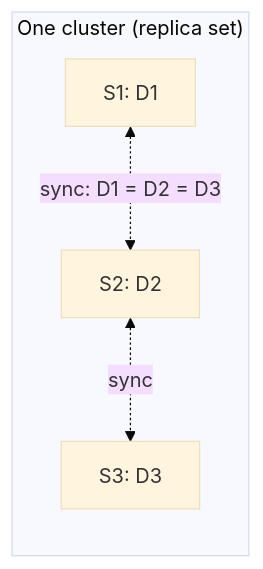
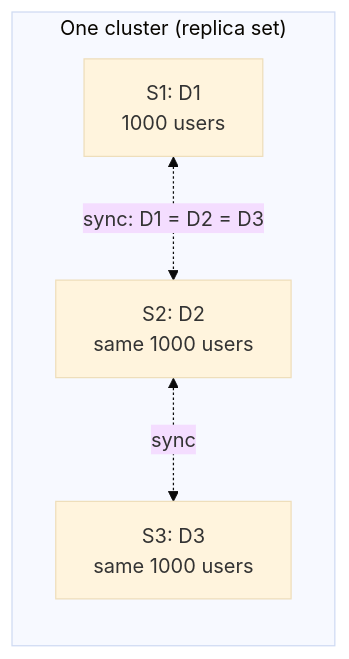
One commit to aaryan-pradhan/core-cs-fundamentals changed the second of 6 diagrams in dbms/17-clustering.md. Above: the diagram before and after it, drawn with Mermaid (base theme). The commit also changed other lines of this file, not shown here.

````diff
--- a/dbms/17-clustering.md
+++ b/dbms/17-clustering.md
@@ -17,11 +20,11 @@
-   ```mermaid
-   flowchart LR
-     subgraph Cluster["One cluster (replica set)"]
-       direction TB
-       S1["S1: D1"]
-       S2["S2: D2"]
-       S3["S3: D3"]
-     end
-     S1 <-. "sync: D1 = D2 = D3" .-> S2
-     S2 <-. "sync" .-> S3
-   ```
+```mermaid
+flowchart LR
+  subgraph Cluster["One cluster (replica set)"]
+    direction TB
+    S1["S1: D1<br/>1000 users"]
+    S2["S2: D2<br/>same 1000 users"]
+    S3["S3: D3<br/>same 1000 users"]
+  end
+  S1 <-. "sync: D1 = D2 = D3" .-> S2
+  S2 <-. "sync" .-> S3
+```
````
